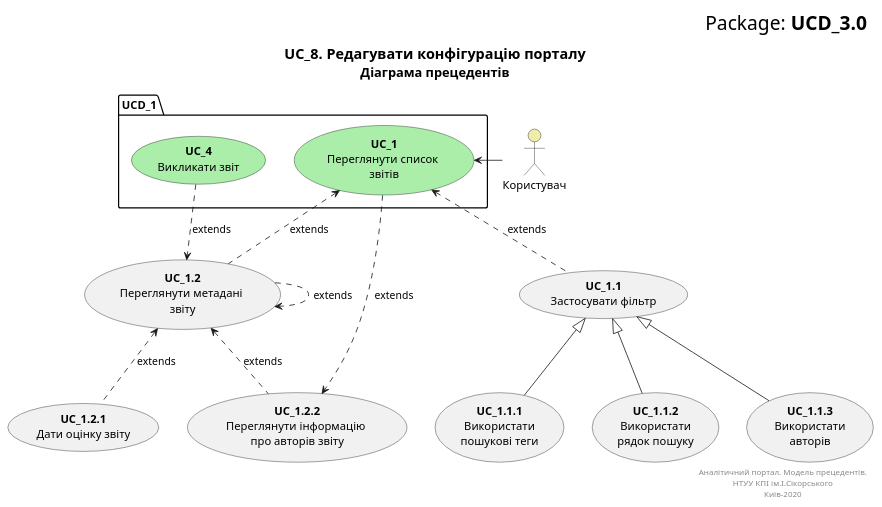
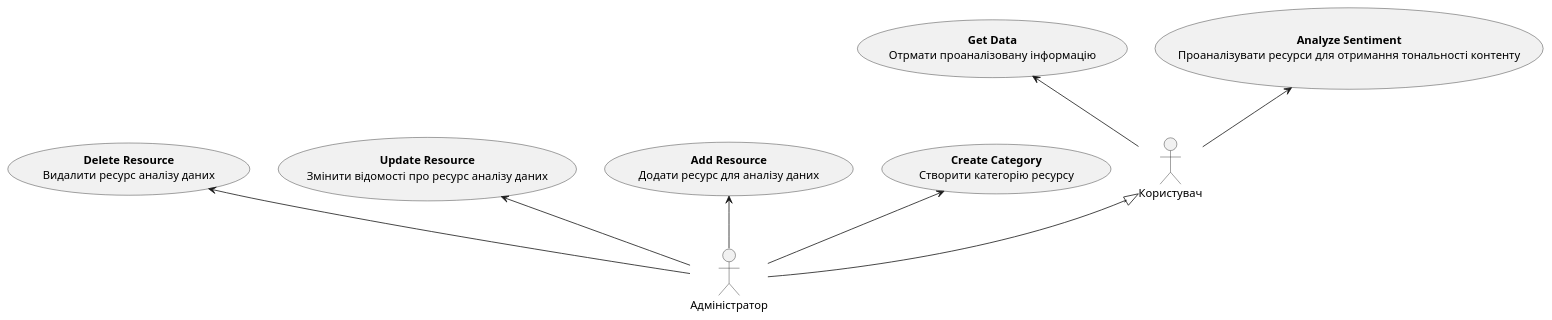
The diagram in docs/ua/use cases/index.md (ypapish/database-course-work), drawn with PlantUML before and after one commit. The commit also changed other lines of this file, not shown here.

Commit message:
add diagram of precedents

```diff
--- a/docs/ua/use cases/index.md
+++ b/docs/ua/use cases/index.md
@@ -88,54 +5,20 @@
 @startuml
+  actor "Користувач" as user
+  actor "Адміністратор" as admin
 
-    right header
-        <font size=24 color=black>Package: <b>UCD_3.0
-    end header
+  usecase "<b>Create Category</b>\nСтворити категорію ресурсу" as UC_1
+  usecase "<b>Analyze Sentiment</b>\nПроаналізувати ресурси для отримання тональності контенту" as UC_2
+  usecase "<b>Add Resource</b>\nДодати ресурс для аналізу даних" as UC_3
+  usecase "<b>Update Resource</b>\nЗмінити відомості про ресурс аналізу даних" as UC_4
+  usecase "<b>Delete Resource</b>\nВидалити ресурс аналізу даних" as UC_5
+  usecase "<b>Get Data</b>\nОтрмати проаналізовану інформацію" as UC_6
 
-    title
-        <font size=18 color=black>UC_8. Редагувати конфігурацію порталу
-        <font size=16 color=black>Діаграма прецедентів
-    end title
+  user -u-> UC_2
+  user -u-> UC_6
+  admin -u-|> user
 
-
-    actor "Користувач" as User #eeeeaa
-
-    package UCD_1{
-        usecase "<b>UC_1</b>\nПереглянути список \nзвітів" as UC_1 #aaeeaa
-    }
-
-    usecase "<b>UC_1.1</b>\nЗастосувати фільтр" as UC_1.1
-    usecase "<b>UC_1.2</b>\nПереглянути метадані \nзвіту" as UC_1.2
-    usecase "<b>UC_1.2.1</b>\nДати оцінку звіту" as UC_1.2.1
-    usecase "<b>UC_1.2.2</b>\nПереглянути інформацію \nпро авторів звіту" as UC_1.2.2
-
-    package UCD_1 {
-        usecase "<b>UC_4</b>\nВикликати звіт" as UC_4 #aaeeaa
-    }
-
-    usecase "<b>UC_1.1.1</b>\n Використати \nпошукові теги" as UC_1.1.1
-    usecase "<b>UC_1.1.2</b>\n Використати \nрядок пошуку" as UC_1.1.2
-    usecase "<b>UC_1.1.3</b>\n Використати \nавторів" as UC_1.1.3
-
-
-
-    User -> UC_1
-    UC_1.1 .u.> UC_1 :extends
-    UC_1.2 .u.> UC_1 :extends
-    UC_4 .d.> UC_1.2 :extends
-    UC_1.2 .> UC_1.2 :extends
-    UC_1.2.1 .u.> UC_1.2 :extends
-    UC_1.2.2 .u.> UC_1.2 :extends
-    UC_1 ..> UC_1.2.2 :extends
-
-
-    UC_1.1.1 -u-|> UC_1.1
-    UC_1.1.2 -u-|> UC_1.1
-    UC_1.1.3 -u-|> UC_1.1
-
-    right footer
-        Аналітичний портал. Модель прецедентів.
-        НТУУ КПІ ім.І.Сікорського
-        Киів-2020
-    end footer
-
+  admin -u-> UC_1
+  admin -u-> UC_3
+  admin -u-> UC_4
+  admin -u-> UC_5
 @enduml
```
